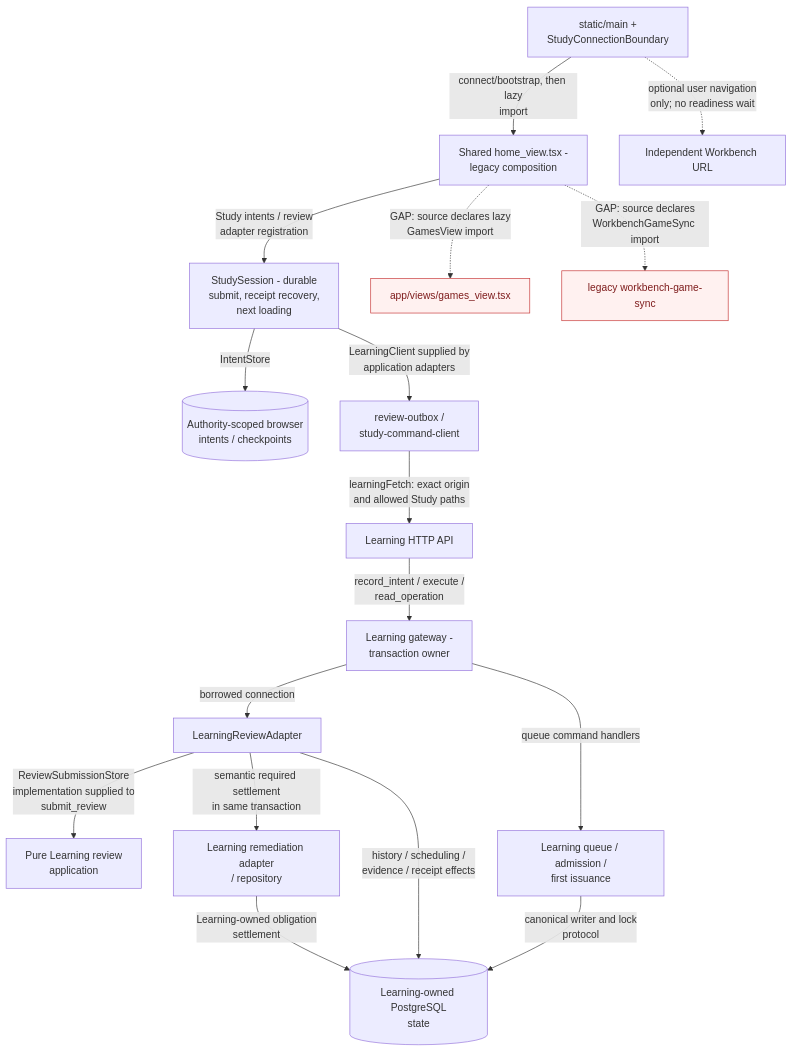
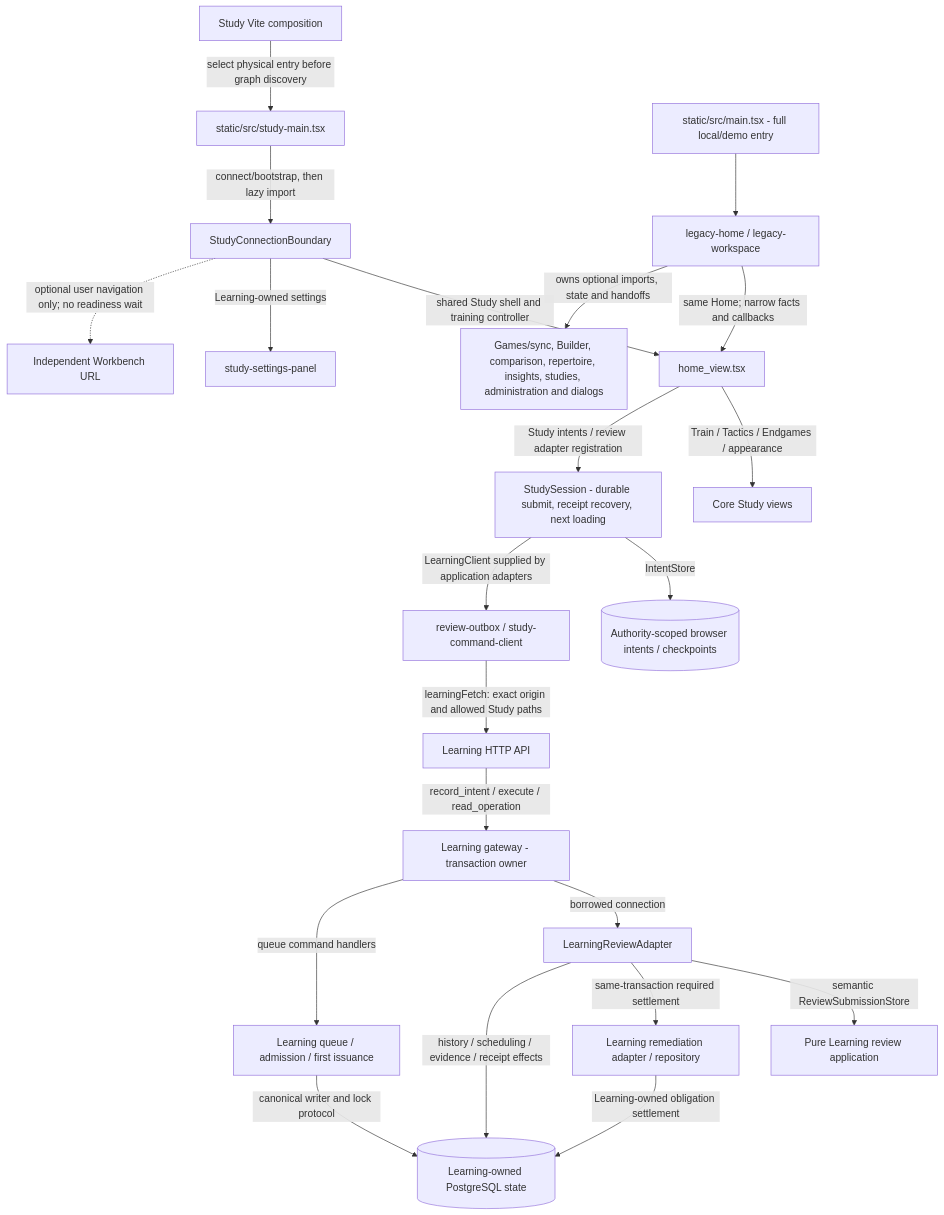
The first of 4 diagrams in docs/architecture/diagrams/study-games.md (aaweaver-actuary/tempo), drawn with Mermaid before and after one commit. The commit also changed other lines of this file and 4 other files, not shown here.

Commit message:
Document qualified Study composition and retain legacy safety fixtures

````diff
--- a/docs/architecture/diagrams/study-games.md
+++ b/docs/architecture/diagrams/study-games.md
@@ -20,21 +14,24 @@
 ```mermaid
 flowchart TB
-  Entry["static/main +<br/>StudyConnectionBoundary"] -->|"connect/bootstrap, then lazy<br/>import"| Home["Shared home_view.tsx -<br/>legacy composition"]
-  Home -->|"Study intents / review<br/>adapter registration"| Session["StudySession - durable<br/>submit, receipt recovery,<br/>next loading"]
-  Session -->|"IntentStore"| Browser[("Authority-scoped browser<br/>intents / checkpoints")]
-  Session -->|"LearningClient supplied by<br/>application adapters"| Adapter["review-outbox /<br/>study-command-client"]
-  Adapter -->|"learningFetch: exact origin<br/>and allowed Study paths"| HTTP["Learning HTTP API"]
-  HTTP -->|"record_intent / execute /<br/>read_operation"| Gateway["Learning gateway -<br/>transaction owner"]
+  Build["Study Vite composition"] -->|"select physical entry before graph discovery"| Entry["static/src/study-main.tsx"]
+  Entry -->|"connect/bootstrap, then lazy import"| Boundary["StudyConnectionBoundary"]
+  Boundary -->|"shared Study shell and training controller"| Home["home_view.tsx"]
+  Home -->|"Train / Tactics / Endgames / appearance"| StudyUI["Core Study views"]
+  Boundary -->|"Learning-owned settings"| Settings["study-settings-panel"]
+  Home -->|"Study intents / review adapter registration"| Session["StudySession - durable submit, receipt recovery, next loading"]
+  Session -->|"IntentStore"| Browser[("Authority-scoped browser intents / checkpoints")]
+  Session -->|"LearningClient supplied by application adapters"| Adapter["review-outbox / study-command-client"]
+  Adapter -->|"learningFetch: exact origin and allowed Study paths"| HTTP["Learning HTTP API"]
+  HTTP -->|"record_intent / execute / read_operation"| Gateway["Learning gateway - transaction owner"]
   Gateway -->|"borrowed connection"| Review["LearningReviewAdapter"]
-  Review -->|"ReviewSubmissionStore<br/>implementation supplied to<br/>submit_review"| App["Pure Learning review<br/>application"]
-  Gateway -->|"queue command handlers"| Queue["Learning queue / admission /<br/>first issuance"]
-  Review -->|"semantic required settlement<br/>in same transaction"| Remediation["Learning remediation adapter<br/>/ repository"]
-  Review -->|"history / scheduling /<br/>evidence / receipt effects"| DB[("Learning-owned PostgreSQL<br/>state")]
-  Queue -->|"canonical writer and lock<br/>protocol"| DB
-  Remediation -->|"Learning-owned obligation<br/>settlement"| DB
-  Home -.->|"GAP: source declares lazy<br/>GamesView import"| LegacyGames["app/views/games_view.tsx"]
-  Home -.->|"GAP: source declares<br/>WorkbenchGameSync import"| LegacySync["legacy workbench-game-sync"]
-  Entry -.->|"optional user navigation<br/>only; no readiness wait"| WB["Independent Workbench URL"]
-  classDef gap fill:#fff1f0,stroke:#c53030,color:#7f1d1d
-  class LegacyGames,LegacySync gap
+  Review -->|"semantic ReviewSubmissionStore"| App["Pure Learning review application"]
+  Gateway -->|"queue command handlers"| Queue["Learning queue / admission / first issuance"]
+  Review -->|"same-transaction required settlement"| Remediation["Learning remediation adapter / repository"]
+  Review -->|"history / scheduling / evidence / receipt effects"| DB[("Learning-owned PostgreSQL state")]
+  Queue -->|"canonical writer and lock protocol"| DB
+  Remediation -->|"Learning-owned obligation settlement"| DB
+  Full["static/src/main.tsx - full local/demo entry"] --> Legacy["legacy-home / legacy-workspace"]
+  Legacy -->|"same Home; narrow facts and callbacks"| Home
+  Legacy -->|"owns optional imports, state and handoffs"| Optional["Games/sync, Builder, comparison, repertoire, insights, studies, administration and dialogs"]
+  Boundary -.->|"optional user navigation only; no readiness wait"| WB["Independent Workbench URL"]
 ```
````
